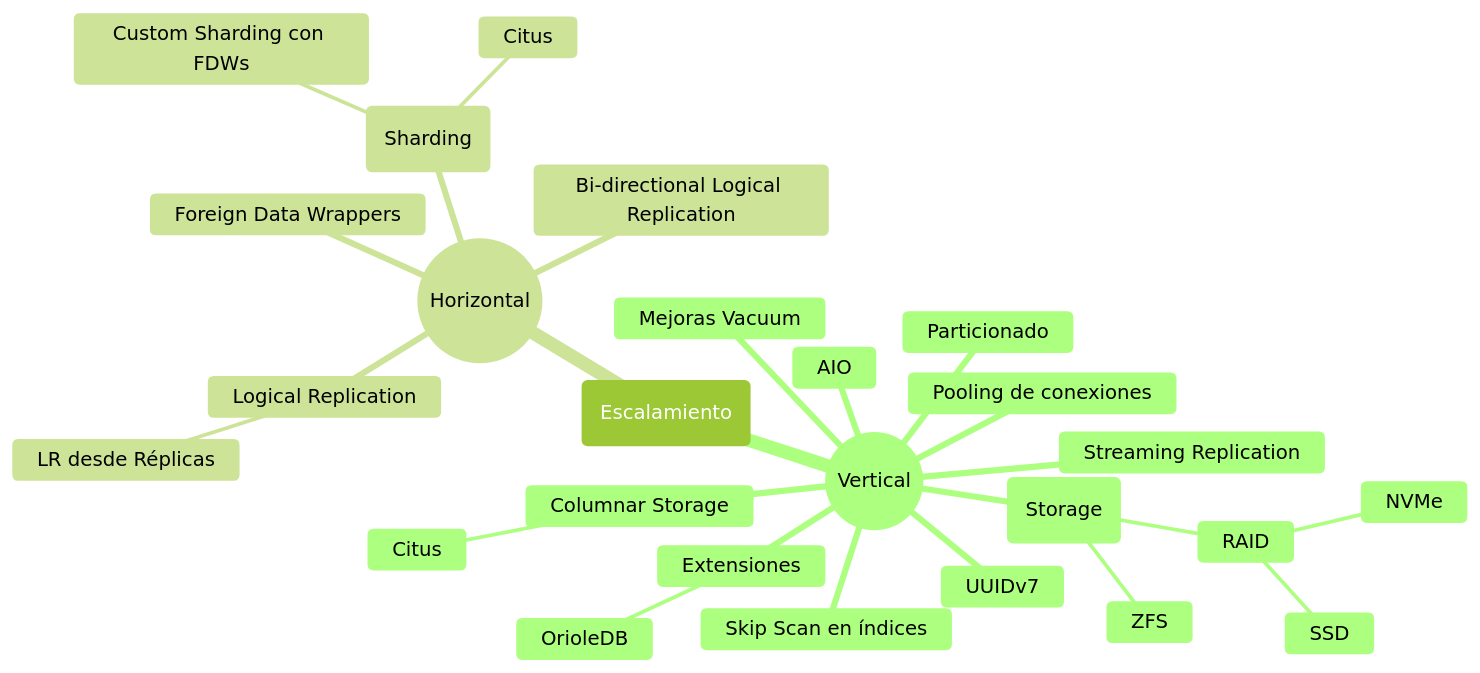
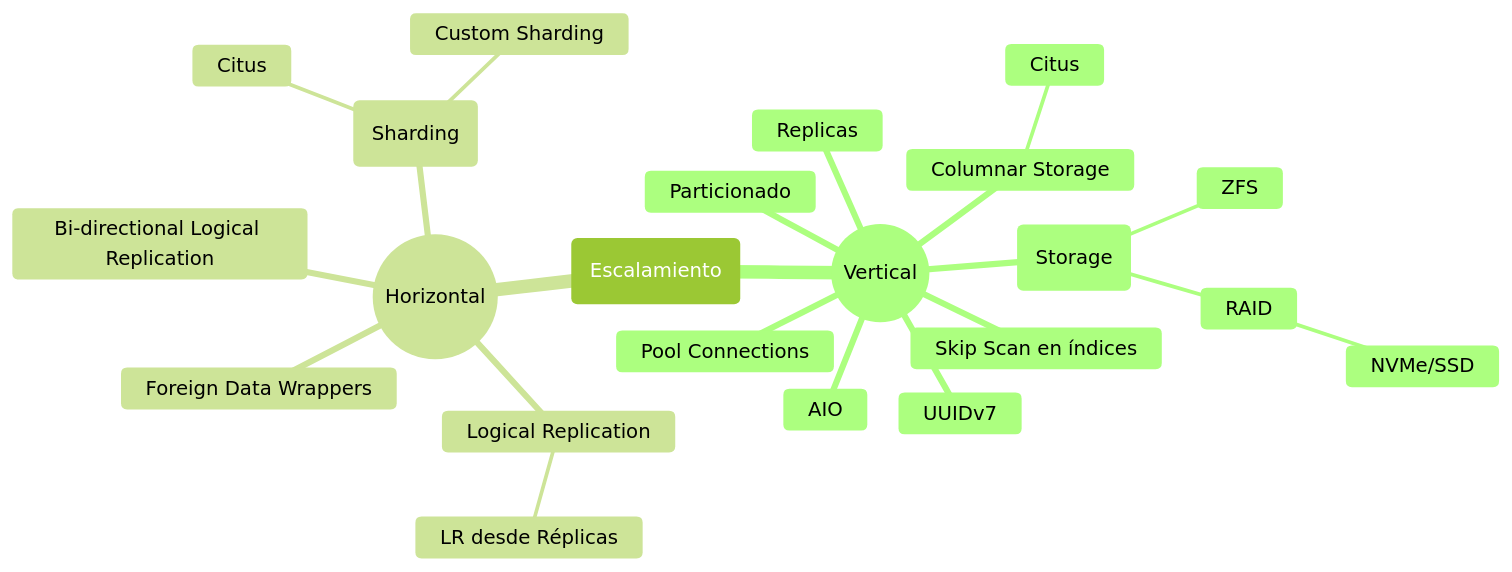
Before and after one commit to 3manuek/slides: the diagram in 2025/Nerdearla.es/charts/postgres-scaling-diagram.md, drawn with Mermaid (forest theme). The commit also changed other lines of this file and 10 other files, not shown here.

````diff
--- a/2025/Nerdearla.es/charts/postgres-scaling-diagram.md
+++ b/2025/Nerdearla.es/charts/postgres-scaling-diagram.md
@@ -5,29 +7,25 @@
 ```mermaid
 mindmap
   root(Escalamiento)
     Vertical((Vertical))
       AIO
-      Mejoras Vacuum
       Particionado
       UUIDv7 
-      Streaming Replication
-      Pooling de conexiones
-      Extensiones
-        OrioleDB
+      Replicas
+      Pool Connections
       Skip Scan en índices
       Columnar Storage
         Citus
       Storage(Storage)
         RAID
-          NVMe
-          SSD
+          NVMe/SSD
         ZFS
     Horizontal((Horizontal))  
       Logical Replication
         LR desde Réplicas
       Bi-directional Logical Replication
       Sharding(Sharding)
         Citus
-        Custom Sharding con FDWs
+        Custom Sharding
       Foreign Data Wrappers
 ```
````
